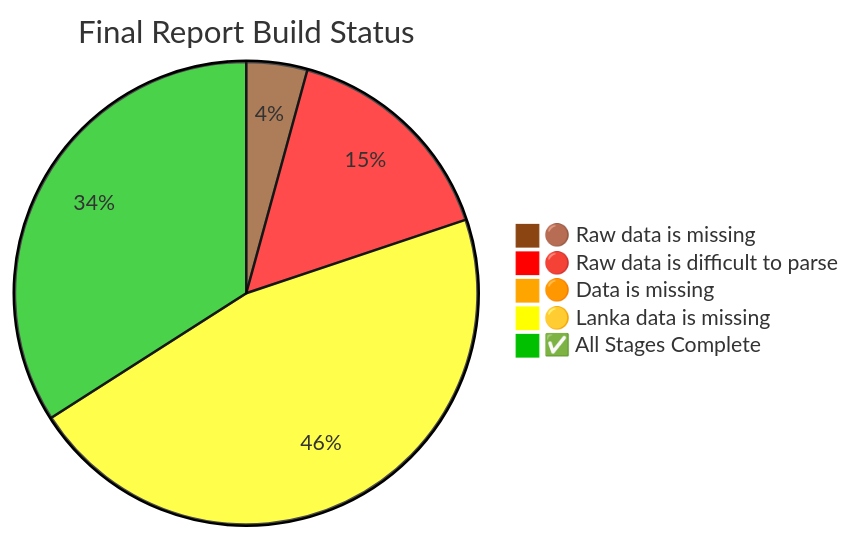
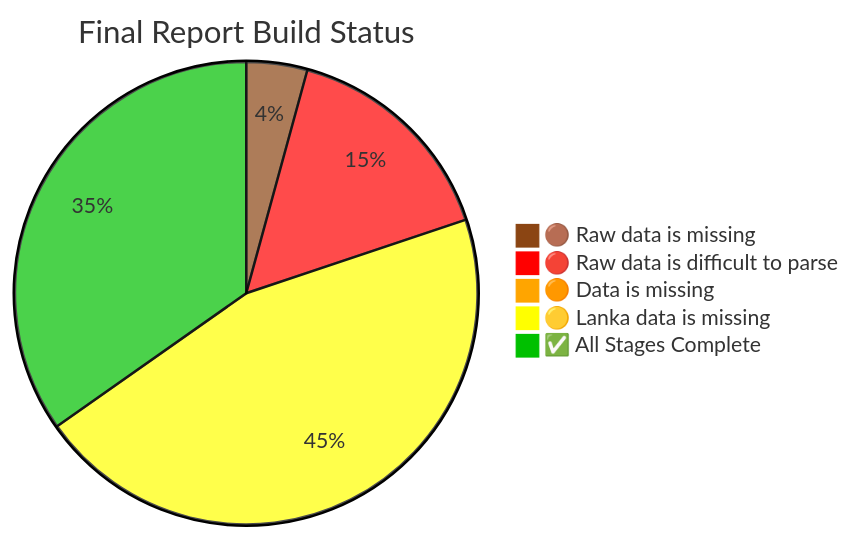
One commit to nuuuwan/lk_census_2024 changed the diagram in README.md. Above: the diagram before and after it, drawn with Mermaid. The commit also changed other lines of this file and 3 other files, not shown here.

Commit message:
Update README and JSON files: correct table status indicators, add new lanka_data.json for disabilities by age group, and enhance field definitions for consistency.

````diff
--- a/README.md
+++ b/README.md
@@ -220,9 +220,9 @@
 ```mermaid
 %%{init: {"theme": "base", "themeVariables": {"pie1": "#8B4513", "pie2": "#FF0000", "pie3": "#FFA500", "pie4": "#FFFF00", "pie5": "#00c000"}}}%%
 pie title Final Report Build Status
 "🟤 Raw data is missing" : 6
     "🔴 Raw data is difficult to parse" : 22
     "🟠 Data is missing" : 1
-    "🟡 Lanka data is missing" : 65
-    "✅ All Stages Complete" : 48
+    "🟡 Lanka data is missing" : 64
+    "✅ All Stages Complete" : 49
 ```
````
